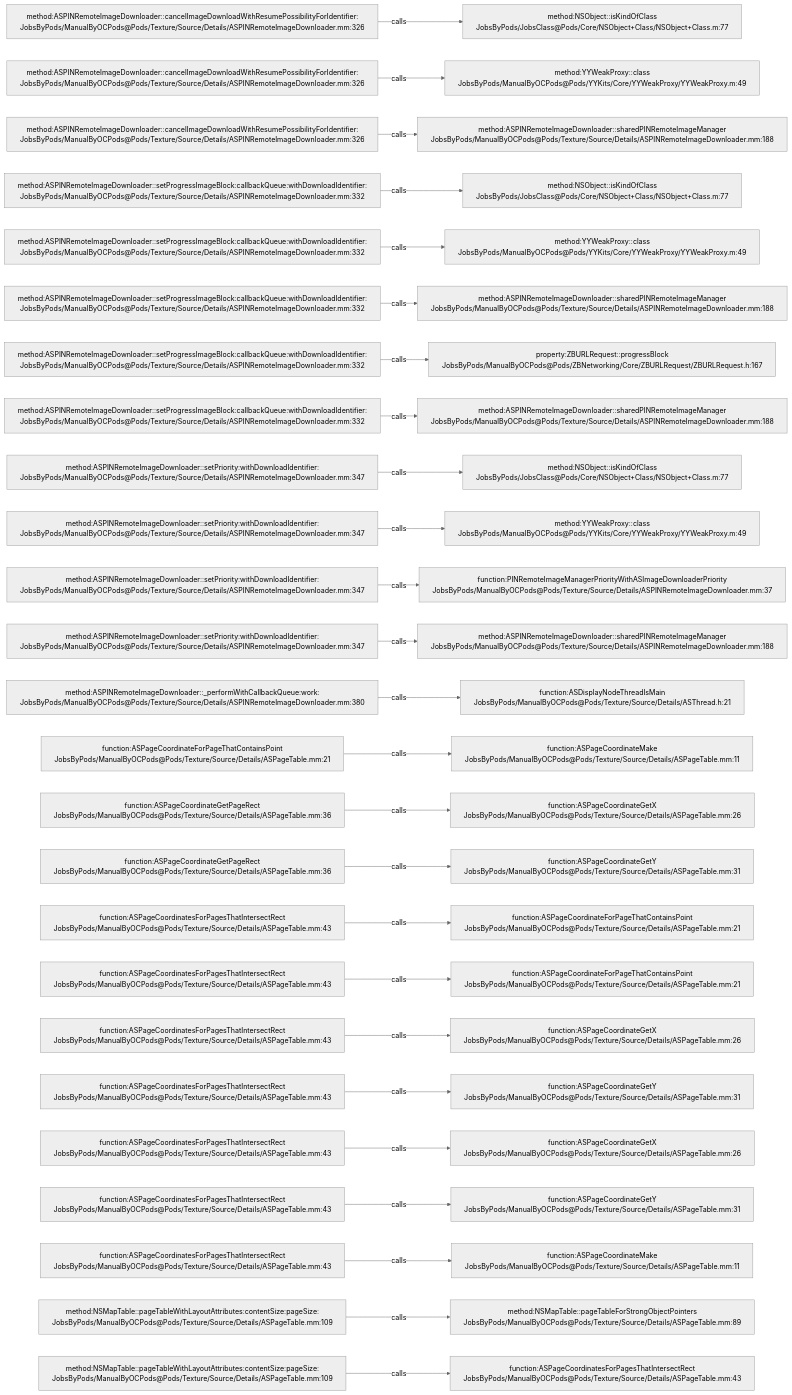
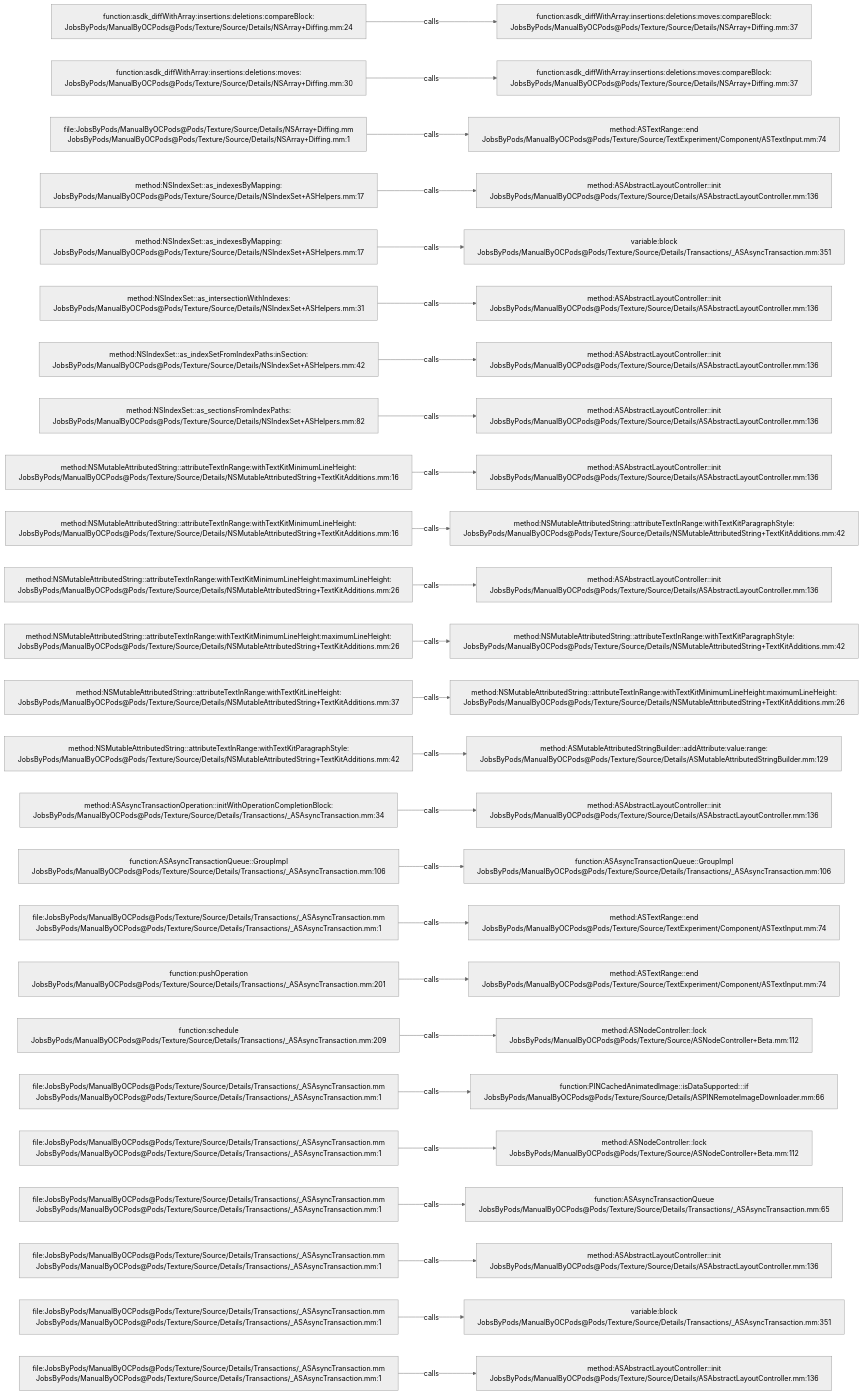
The diagram in .codegraph/codegraph.md/graphs/calls-160.md (JobsKits/JobsOCBaseConfigDemo), drawn with Mermaid (neutral theme) before and after one commit. The commit also changed 1448 other files, not shown here.

````diff
--- a/.codegraph/codegraph.md/graphs/calls-160.md
+++ b/.codegraph/codegraph.md/graphs/calls-160.md
@@ -13,78 +13,78 @@
 ```mermaid
 flowchart LR
-  S1["method:ASPINRemoteImageDownloader::cancelImageDownloadWithResumePossibilityForIdentifier:<br/>JobsByPods/ManualByOCPods@Pods/Texture/Source/Details/ASPINRemoteImageDownloader.mm:326"]
-  T1["method:NSObject::isKindOfClass<br/>JobsByPods/JobsClass@Pods/Core/NSObject+Class/NSObject+Class.m:77"]
+  S1["function:asdk_diffWithArray:insertions:deletions:compareBlock:<br/>JobsByPods/ManualByOCPods@Pods/Texture/Source/Details/NSArray+Diffing.mm:24"]
+  T1["function:asdk_diffWithArray:insertions:deletions:moves:compareBlock:<br/>JobsByPods/ManualByOCPods@Pods/Texture/Source/Details/NSArray+Diffing.mm:37"]
   S1 -->|calls| T1
-  S2["method:ASPINRemoteImageDownloader::cancelImageDownloadWithResumePossibilityForIdentifier:<br/>JobsByPods/ManualByOCPods@Pods/Texture/Source/Details/ASPINRemoteImageDownloader.mm:326"]
-  T2["method:YYWeakProxy::class<br/>JobsByPods/ManualByOCPods@Pods/YYKits/Core/YYWeakProxy/YYWeakProxy.m:49"]
+  S2["function:asdk_diffWithArray:insertions:deletions:moves:<br/>JobsByPods/ManualByOCPods@Pods/Texture/Source/Details/NSArray+Diffing.mm:30"]
+  T2["function:asdk_diffWithArray:insertions:deletions:moves:compareBlock:<br/>JobsByPods/ManualByOCPods@Pods/Texture/Source/Details/NSArray+Diffing.mm:37"]
   S2 -->|calls| T2
-  S3["method:ASPINRemoteImageDownloader::cancelImageDownloadWithResumePossibilityForIdentifier:<br/>JobsByPods/ManualByOCPods@Pods/Texture/Source/Details/ASPINRemoteImageDownloader.mm:326"]
-  T3["method:ASPINRemoteImageDownloader::sharedPINRemoteImageManager<br/>JobsByPods/ManualByOCPods@Pods/Texture/Source/Details/ASPINRemoteImageDownloader.mm:188"]
+  S3["file:JobsByPods/ManualByOCPods@Pods/Texture/Source/Details/NSArray+Diffing.mm<br/>JobsByPods/ManualByOCPods@Pods/Texture/Source/Details/NSArray+Diffing.mm:1"]
+  T3["method:ASTextRange::end<br/>JobsByPods/ManualByOCPods@Pods/Texture/Source/TextExperiment/Component/ASTextInput.mm:74"]
   S3 -->|calls| T3
-  S4["method:ASPINRemoteImageDownloader::setProgressImageBlock:callbackQueue:withDownloadIdentifier:<br/>JobsByPods/ManualByOCPods@Pods/Texture/Source/Details/ASPINRemoteImageDownloader.mm:332"]
-  T4["method:NSObject::isKindOfClass<br/>JobsByPods/JobsClass@Pods/Core/NSObject+Class/NSObject+Class.m:77"]
+  S4["method:NSIndexSet::as_indexesByMapping:<br/>JobsByPods/ManualByOCPods@Pods/Texture/Source/Details/NSIndexSet+ASHelpers.mm:17"]
+  T4["method:ASAbstractLayoutController::init<br/>JobsByPods/ManualByOCPods@Pods/Texture/Source/Details/ASAbstractLayoutController.mm:136"]
   S4 -->|calls| T4
-  S5["method:ASPINRemoteImageDownloader::setProgressImageBlock:callbackQueue:withDownloadIdentifier:<br/>JobsByPods/ManualByOCPods@Pods/Texture/Source/Details/ASPINRemoteImageDownloader.mm:332"]
-  T5["method:YYWeakProxy::class<br/>JobsByPods/ManualByOCPods@Pods/YYKits/Core/YYWeakProxy/YYWeakProxy.m:49"]
+  S5["method:NSIndexSet::as_indexesByMapping:<br/>JobsByPods/ManualByOCPods@Pods/Texture/Source/Details/NSIndexSet+ASHelpers.mm:17"]
+  T5["variable:block<br/>JobsByPods/ManualByOCPods@Pods/Texture/Source/Details/Transactions/_ASAsyncTransaction.mm:351"]
   S5 -->|calls| T5
-  S6["method:ASPINRemoteImageDownloader::setProgressImageBlock:callbackQueue:withDownloadIdentifier:<br/>JobsByPods/ManualByOCPods@Pods/Texture/Source/Details/ASPINRemoteImageDownloader.mm:332"]
-  T6["method:ASPINRemoteImageDownloader::sharedPINRemoteImageManager<br/>JobsByPods/ManualByOCPods@Pods/Texture/Source/Details/ASPINRemoteImageDownloader.mm:188"]
+  S6["method:NSIndexSet::as_intersectionWithIndexes:<br/>JobsByPods/ManualByOCPods@Pods/Texture/Source/Details/NSIndexSet+ASHelpers.mm:31"]
+  T6["method:ASAbstractLayoutController::init<br/>JobsByPods/ManualByOCPods@Pods/Texture/Source/Details/ASAbstractLayoutController.mm:136"]
   S6 -->|calls| T6
-  S7["method:ASPINRemoteImageDownloader::setProgressImageBlock:callbackQueue:withDownloadIdentifier:<br/>JobsByPods/ManualByOCPods@Pods/Texture/Source/Details/ASPINRemoteImageDownloader.mm:332"]
-  T7["property:ZBURLRequest::progressBlock<br/>JobsByPods/ManualByOCPods@Pods/ZBNetworking/Core/ZBURLRequest/ZBURLRequest.h:167"]
+  S7["method:NSIndexSet::as_indexSetFromIndexPaths:inSection:<br/>JobsByPods/ManualByOCPods@Pods/Texture/Source/Details/NSIndexSet+ASHelpers.mm:42"]
+  T7["method:ASAbstractLayoutController::init<br/>JobsByPods/ManualByOCPods@Pods/Texture/Source/Details/ASAbstractLayoutController.mm:136"]
   S7 -->|calls| T7
-  S8["method:ASPINRemoteImageDownloader::setProgressImageBlock:callbackQueue:withDownloadIdentifier:<br/>JobsByPods/ManualByOCPods@Pods/Texture/Source/Details/ASPINRemoteImageDownloader.mm:332"]
-  T8["method:ASPINRemoteImageDownloader::sharedPINRemoteImageManager<br/>JobsByPods/ManualByOCPods@Pods/Texture/Source/Details/ASPINRemoteImageDownloader.mm:188"]
+  S8["method:NSIndexSet::as_sectionsFromIndexPaths:<br/>JobsByPods/ManualByOCPods@Pods/Texture/Source/Details/NSIndexSet+ASHelpers.mm:82"]
+  T8["method:ASAbstractLayoutController::init<br/>JobsByPods/ManualByOCPods@Pods/Texture/Source/Details/ASAbstractLayoutController.mm:136"]
   S8 -->|calls| T8
-  S9["method:ASPINRemoteImageDownloader::setPriority:withDownloadIdentifier:<br/>JobsByPods/ManualByOCPods@Pods/Texture/Source/Details/ASPINRemoteImageDownloader.mm:347"]
-  T9["method:NSObject::isKindOfClass<br/>JobsByPods/JobsClass@Pods/Core/NSObject+Class/NSObject+Class.m:77"]
+  S9["method:NSMutableAttributedString::attributeTextInRange:withTextKitMinimumLineHeight:<br/>JobsByPods/ManualByOCPods@Pods/Texture/Source/Details/NSMutableAttributedString+TextKitAdditions.mm:16"]
+  T9["method:ASAbstractLayoutController::init<br/>JobsByPods/ManualByOCPods@Pods/Texture/Source/Details/ASAbstractLayoutController.mm:136"]
   S9 -->|calls| T9
-  S10["method:ASPINRemoteImageDownloader::setPriority:withDownloadIdentifier:<br/>JobsByPods/ManualByOCPods@Pods/Texture/Source/Details/ASPINRemoteImageDownloader.mm:347"]
-  T10["method:YYWeakProxy::class<br/>JobsByPods/ManualByOCPods@Pods/YYKits/Core/YYWeakProxy/YYWeakProxy.m:49"]
+  S10["method:NSMutableAttributedString::attributeTextInRange:withTextKitMinimumLineHeight:<br/>JobsByPods/ManualByOCPods@Pods/Texture/Source/Details/NSMutableAttributedString+TextKitAdditions.mm:16"]
+  T10["method:NSMutableAttributedString::attributeTextInRange:withTextKitParagraphStyle:<br/>JobsByPods/ManualByOCPods@Pods/Texture/Source/Details/NSMutableAttributedString+TextKitAdditions.mm:42"]
   S10 -->|calls| T10
-  S11["method:ASPINRemoteImageDownloader::setPriority:withDownloadIdentifier:<br/>JobsByPods/ManualByOCPods@Pods/Texture/Source/Details/ASPINRemoteImageDownloader.mm:347"]
-  T11["function:PINRemoteImageManagerPriorityWithASImageDownloaderPriority<br/>JobsByPods/ManualByOCPods@Pods/Texture/Source/Details/ASPINRemoteImageDownloader.mm:37"]
+  S11["method:NSMutableAttributedString::attributeTextInRange:withTextKitMinimumLineHeight:maximumLineHeight:<br/>JobsByPods/ManualByOCPods@Pods/Texture/Source/Details/NSMutableAttributedString+TextKitAdditions.mm:26"]
+  T11["method:ASAbstractLayoutController::init<br/>JobsByPods/ManualByOCPods@Pods/Texture/Source/Details/ASAbstractLayoutController.mm:136"]
   S11 -->|calls| T11
-  S12["method:ASPINRemoteImageDownloader::setPriority:withDownloadIdentifier:<br/>JobsByPods/ManualByOCPods@Pods/Texture/Source/Details/ASPINRemoteImageDownloader.mm:347"]
-  T12["method:ASPINRemoteImageDownloader::sharedPINRemoteImageManager<br/>JobsByPods/ManualByOCPods@Pods/Texture/Source/Details/ASPINRemoteImageDownloader.mm:188"]
+  S12["method:NSMutableAttributedString::attributeTextInRange:withTextKitMinimumLineHeight:maximumLineHeight:<br/>JobsByPods/ManualByOCPods@Pods/Texture/Source/Details/NSMutableAttributedString+TextKitAdditions.mm:26"]
+  T12["method:NSMutableAttributedString::attributeTextInRange:withTextKitParagraphStyle:<br/>JobsByPods/ManualByOCPods@Pods/Texture/Source/Details/NSMutableAttributedString+TextKitAdditions.mm:42"]
   S12 -->|calls| T12
-  S13["method:ASPINRemoteImageDownloader::_performWithCallbackQueue:work:<br/>JobsByPods/ManualByOCPods@Pods/Texture/Source/Details/ASPINRemoteImageDownloader.mm:380"]
-  T13["function:ASDisplayNodeThreadIsMain<br/>JobsByPods/ManualByOCPods@Pods/Texture/Source/Details/ASThread.h:21"]
+  S13["method:NSMutableAttributedString::attributeTextInRange:withTextKitLineHeight:<br/>JobsByPods/ManualByOCPods@Pods/Texture/Source/Details/NSMutableAttributedString+TextKitAdditions.mm:37"]
+  T13["method:NSMutableAttributedString::attributeTextInRange:withTextKitMinimumLineHeight:maximumLineHeight:<br/>JobsByPods/ManualByOCPods@Pods/Texture/Source/Details/NSMutableAttributedString+TextKitAdditions.mm:26"]
   S13 -->|calls| T13
-  S14["function:ASPageCoordinateForPageThatContainsPoint<br/>JobsByPods/ManualByOCPods@Pods/Texture/Source/Details/ASPageTable.mm:21"]
-  T14["function:ASPageCoordinateMake<br/>JobsByPods/ManualByOCPods@Pods/Texture/Source/Details/ASPageTable.mm:11"]
+  S14["method:NSMutableAttributedString::attributeTextInRange:withTextKitParagraphStyle:<br/>JobsByPods/ManualByOCPods@Pods/Texture/Source/Details/NSMutableAttributedString+TextKitAdditions.mm:42"]
+  T14["method:ASMutableAttributedStringBuilder::addAttribute:value:range:<br/>JobsByPods/ManualByOCPods@Pods/Texture/Source/Details/ASMutableAttributedStringBuilder.mm:129"]
   S14 -->|calls| T14
-  S15["function:ASPageCoordinateGetPageRect<br/>JobsByPods/ManualByOCPods@Pods/Texture/Source/Details/ASPageTable.mm:36"]
-  T15["function:ASPageCoordinateGetX<br/>JobsByPods/ManualByOCPods@Pods/Texture/Source/Details/ASPageTable.mm:26"]
+  S15["method:ASAsyncTransactionOperation::initWithOperationCompletionBlock:<br/>JobsByPods/ManualByOCPods@Pods/Texture/Source/Details/Transactions/_ASAsyncTransaction.mm:34"]
+  T15["method:ASAbstractLayoutController::init<br/>JobsByPods/ManualByOCPods@Pods/Texture/Source/Details/ASAbstractLayoutController.mm:136"]
   S15 -->|calls| T15
-  S16["function:ASPageCoordinateGetPageRect<br/>JobsByPods/ManualByOCPods@Pods/Texture/Source/Details/ASPageTable.mm:36"]
-  T16["function:ASPageCoordinateGetY<br/>JobsByPods/ManualByOCPods@Pods/Texture/Source/Details/ASPageTable.mm:31"]
+  S16["function:ASAsyncTransactionQueue::GroupImpl<br/>JobsByPods/ManualByOCPods@Pods/Texture/Source/Details/Transactions/_ASAsyncTransaction.mm:106"]
+  T16["function:ASAsyncTransactionQueue::GroupImpl<br/>JobsByPods/ManualByOCPods@Pods/Texture/Source/Details/Transactions/_ASAsyncTransaction.mm:106"]
   S16 -->|calls| T16
-  S17["function:ASPageCoordinatesForPagesThatIntersectRect<br/>JobsByPods/ManualByOCPods@Pods/Texture/Source/Details/ASPageTable.mm:43"]
-  T17["function:ASPageCoordinateForPageThatContainsPoint<br/>JobsByPods/ManualByOCPods@Pods/Texture/Source/Details/ASPageTable.mm:21"]
+  S17["file:JobsByPods/ManualByOCPods@Pods/Texture/Source/Details/Transactions/_ASAsyncTransaction.mm<br/>JobsByPods/ManualByOCPods@Pods/Texture/Source/Details/Transactions/_ASAsyncTransaction.mm:1"]
+  T17["method:ASTextRange::end<br/>JobsByPods/ManualByOCPods@Pods/Texture/Source/TextExperiment/Component/ASTextInput.mm:74"]
   S17 -->|calls| T17
-  S18["function:ASPageCoordinatesForPagesThatIntersectRect<br/>JobsByPods/ManualByOCPods@Pods/Texture/Source/Details/ASPageTable.mm:43"]
-  T18["function:ASPageCoordinateForPageThatContainsPoint<br/>JobsByPods/ManualByOCPods@Pods/Texture/Source/Details/ASPageTable.mm:21"]
+  S18["function:pushOperation<br/>JobsByPods/ManualByOCPods@Pods/Texture/Source/Details/Transactions/_ASAsyncTransaction.mm:201"]
+  T18["method:ASTextRange::end<br/>JobsByPods/ManualByOCPods@Pods/Texture/Source/TextExperiment/Component/ASTextInput.mm:74"]
   S18 -->|calls| T18
-  S19["function:ASPageCoordinatesForPagesThatIntersectRect<br/>JobsByPods/ManualByOCPods@Pods/Texture/Source/Details/ASPageTable.mm:43"]
-  T19["function:ASPageCoordinateGetX<br/>JobsByPods/ManualByOCPods@Pods/Texture/Source/Details/ASPageTable.mm:26"]
+  S19["function:schedule<br/>JobsByPods/ManualByOCPods@Pods/Texture/Source/Details/Transactions/_ASAsyncTransaction.mm:209"]
+  T19["method:ASNodeController::lock<br/>JobsByPods/ManualByOCPods@Pods/Texture/Source/ASNodeController+Beta.mm:112"]
   S19 -->|calls| T19
-  S20["function:ASPageCoordinatesForPagesThatIntersectRect<br/>JobsByPods/ManualByOCPods@Pods/Texture/Source/Details/ASPageTable.mm:43"]
-  T20["function:ASPageCoordinateGetY<br/>JobsByPods/ManualByOCPods@Pods/Texture/Source/Details/ASPageTable.mm:31"]
+  S20["file:JobsByPods/ManualByOCPods@Pods/Texture/Source/Details/Transactions/_ASAsyncTransaction.mm<br/>JobsByPods/ManualByOCPods@Pods/Texture/Source/Details/Transactions/_ASAsyncTransaction.mm:1"]
+  T20["function:PINCachedAnimatedImage::isDataSupported:::if<br/>JobsByPods/ManualByOCPods@Pods/Texture/Source/Details/ASPINRemoteImageDownloader.mm:66"]
   S20 -->|calls| T20
-  S21["function:ASPageCoordinatesForPagesThatIntersectRect<br/>JobsByPods/ManualByOCPods@Pods/Texture/Source/Details/ASPageTable.mm:43"]
-  T21["function:ASPageCoordinateGetX<br/>JobsByPods/ManualByOCPods@Pods/Texture/Source/Details/ASPageTable.mm:26"]
+  S21["file:JobsByPods/ManualByOCPods@Pods/Texture/Source/Details/Transactions/_ASAsyncTransaction.mm<br/>JobsByPods/ManualByOCPods@Pods/Texture/Source/Details/Transactions/_ASAsyncTransaction.mm:1"]
+  T21["method:ASNodeController::lock<br/>JobsByPods/ManualByOCPods@Pods/Texture/Source/ASNodeController+Beta.mm:112"]
   S21 -->|calls| T21
-  S22["function:ASPageCoordinatesForPagesThatIntersectRect<br/>JobsByPods/ManualByOCPods@Pods/Texture/Source/Details/ASPageTable.mm:43"]
-  T22["function:ASPageCoordinateGetY<br/>JobsByPods/ManualByOCPods@Pods/Texture/Source/Details/ASPageTable.mm:31"]
+  S22["file:JobsByPods/ManualByOCPods@Pods/Texture/Source/Details/Transactions/_ASAsyncTransaction.mm<br/>JobsByPods/ManualByOCPods@Pods/Texture/Source/Details/Transactions/_ASAsyncTransaction.mm:1"]
+  T22["function:ASAsyncTransactionQueue<br/>JobsByPods/ManualByOCPods@Pods/Texture/Source/Details/Transactions/_ASAsyncTransaction.mm:65"]
   S22 -->|calls| T22
-  S23["function:ASPageCoordinatesForPagesThatIntersectRect<br/>JobsByPods/ManualByOCPods@Pods/Texture/Source/Details/ASPageTable.mm:43"]
-  T23["function:ASPageCoordinateMake<br/>JobsByPods/ManualByOCPods@Pods/Texture/Source/Details/ASPageTable.mm:11"]
+  S23["file:JobsByPods/ManualByOCPods@Pods/Texture/Source/Details/Transactions/_ASAsyncTransaction.mm<br/>JobsByPods/ManualByOCPods@Pods/Texture/Source/Details/Transactions/_ASAsyncTransaction.mm:1"]
+  T23["method:ASAbstractLayoutController::init<br/>JobsByPods/ManualByOCPods@Pods/Texture/Source/Details/ASAbstractLayoutController.mm:136"]
   S23 -->|calls| T23
-  S24["method:NSMapTable::pageTableWithLayoutAttributes:contentSize:pageSize:<br/>JobsByPods/ManualByOCPods@Pods/Texture/Source/Details/ASPageTable.mm:109"]
-  T24["method:NSMapTable::pageTableForStrongObjectPointers<br/>JobsByPods/ManualByOCPods@Pods/Texture/Source/Details/ASPageTable.mm:89"]
+  S24["file:JobsByPods/ManualByOCPods@Pods/Texture/Source/Details/Transactions/_ASAsyncTransaction.mm<br/>JobsByPods/ManualByOCPods@Pods/Texture/Source/Details/Transactions/_ASAsyncTransaction.mm:1"]
+  T24["variable:block<br/>JobsByPods/ManualByOCPods@Pods/Texture/Source/Details/Transactions/_ASAsyncTransaction.mm:351"]
   S24 -->|calls| T24
-  S25["method:NSMapTable::pageTableWithLayoutAttributes:contentSize:pageSize:<br/>JobsByPods/ManualByOCPods@Pods/Texture/Source/Details/ASPageTable.mm:109"]
-  T25["function:ASPageCoordinatesForPagesThatIntersectRect<br/>JobsByPods/ManualByOCPods@Pods/Texture/Source/Details/ASPageTable.mm:43"]
+  S25["file:JobsByPods/ManualByOCPods@Pods/Texture/Source/Details/Transactions/_ASAsyncTransaction.mm<br/>JobsByPods/ManualByOCPods@Pods/Texture/Source/Details/Transactions/_ASAsyncTransaction.mm:1"]
+  T25["method:ASAbstractLayoutController::init<br/>JobsByPods/ManualByOCPods@Pods/Texture/Source/Details/ASAbstractLayoutController.mm:136"]
   S25 -->|calls| T25
 ```
````
